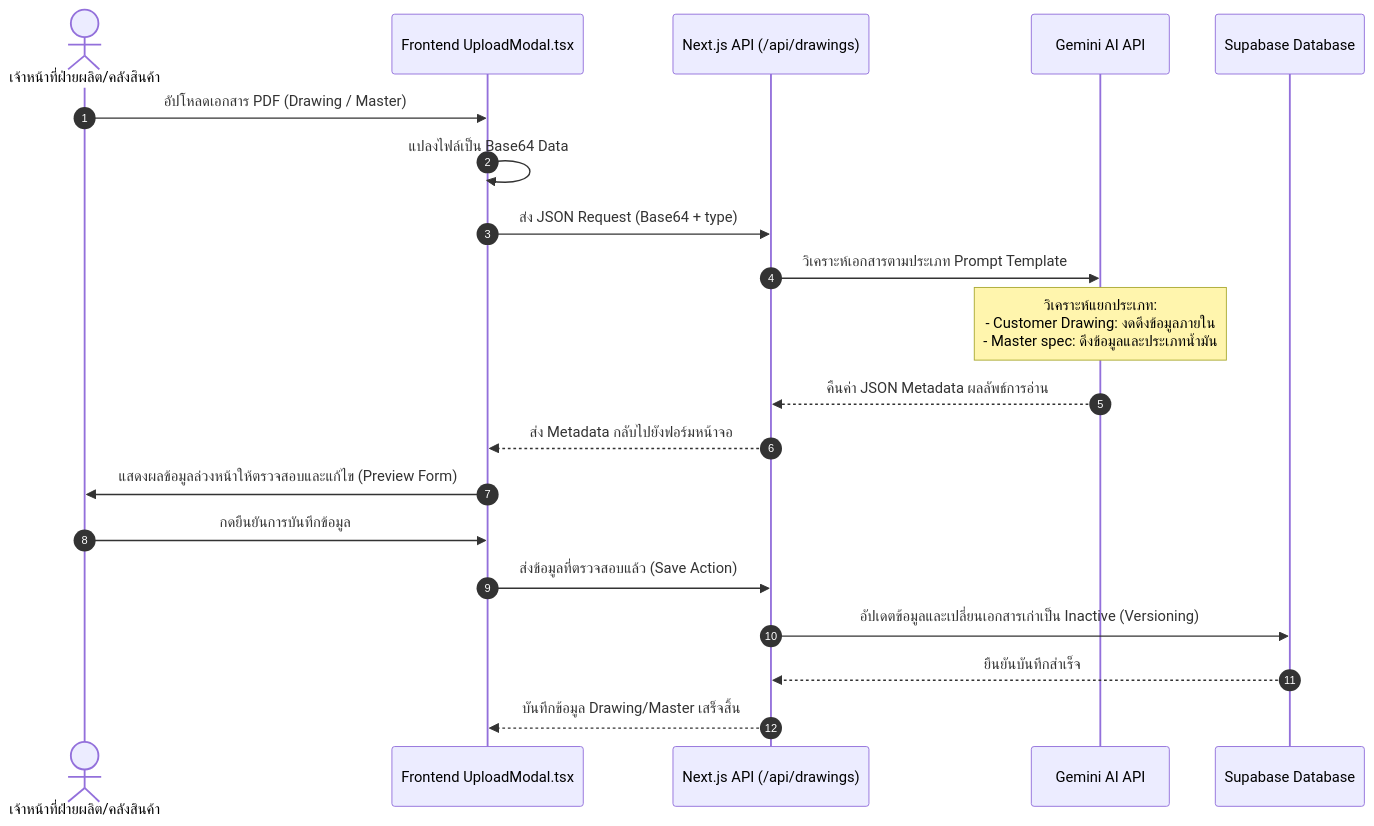
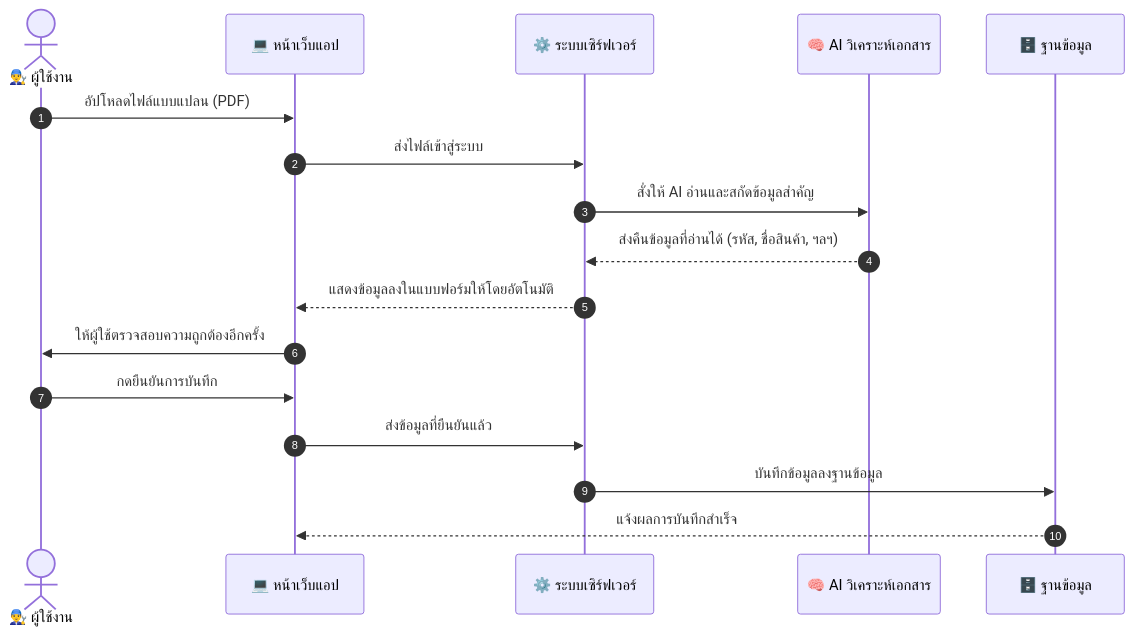
Before and after one commit to yean30102546-rgb/QSMS_project: the second of 7 diagrams in system_flow_diagrams.md, drawn with Mermaid. The commit also changed other lines of this file and 16 other files, not shown here.

Commit message:
feat: update RAG module, rework update modals, system diagrams and project docs

````diff
--- a/system_flow_diagrams.md
+++ b/system_flow_diagrams.md
@@ -39,23 +37,20 @@
 ```mermaid
 sequenceDiagram
     autonumber
-    actor Staff as เจ้าหน้าที่ฝ่ายผลิต/คลังสินค้า
-    participant Front as Frontend UploadModal.tsx
-    participant API as Next.js API (/api/drawings)
-    participant Gemini as Gemini AI API
-    participant Supa as Supabase Database
+    actor User as 👨‍🔧 ผู้ใช้งาน
+    participant Web as 💻 หน้าเว็บแอป
+    participant API as ⚙️ ระบบเซิร์ฟเวอร์
+    participant AI as 🧠 AI วิเคราะห์เอกสาร
+    participant DB as 🗄️ ฐานข้อมูล
 
-    Staff->>Front: อัปโหลดเอกสาร PDF (Drawing / Master)
-    Front->>Front: แปลงไฟล์เป็น Base64 Data
-    Front->>API: ส่ง JSON Request (Base64 + type)
-    API->>Gemini: วิเคราะห์เอกสารตามประเภท Prompt Template
-    Note over Gemini: วิเคราะห์แยกประเภท:<br/>- Customer Drawing: งดดึงข้อมูลภายใน<br/>- Master spec: ดึงข้อมูลและประเภทน้ำมัน
-    Gemini-->>API: คืนค่า JSON Metadata ผลลัพธ์การอ่าน
-    API-->>Front: ส่ง Metadata กลับไปยังฟอร์มหน้าจอ
-    Front->>Staff: แสดงผลข้อมูลล่วงหน้าให้ตรวจสอบและแก้ไข (Preview Form)
-    Staff->>Front: กดยืนยันการบันทึกข้อมูล
-    Front->>API: ส่งข้อมูลที่ตรวจสอบแล้ว (Save Action)
-    API->>Supa: อัปเดตข้อมูลและเปลี่ยนเอกสารเก่าเป็น Inactive (Versioning)
-    Supa-->>API: ยืนยันบันทึกสำเร็จ
-    API-->>Front: บันทึกข้อมูล Drawing/Master เสร็จสิ้น
+    User->>Web: อัปโหลดไฟล์แบบแปลน (PDF)
+    Web->>API: ส่งไฟล์เข้าสู่ระบบ
+    API->>AI: สั่งให้ AI อ่านและสกัดข้อมูลสำคัญ
+    AI-->>API: ส่งคืนข้อมูลที่อ่านได้ (รหัส, ชื่อสินค้า, ฯลฯ)
+    API-->>Web: แสดงข้อมูลลงในแบบฟอร์มให้โดยอัตโนมัติ
+    Web->>User: ให้ผู้ใช้ตรวจสอบความถูกต้องอีกครั้ง
+    User->>Web: กดยืนยันการบันทึก
+    Web->>API: ส่งข้อมูลที่ยืนยันแล้ว
+    API->>DB: บันทึกข้อมูลลงฐานข้อมูล
+    DB-->>Web: แจ้งผลการบันทึกสำเร็จ
 ```
````
